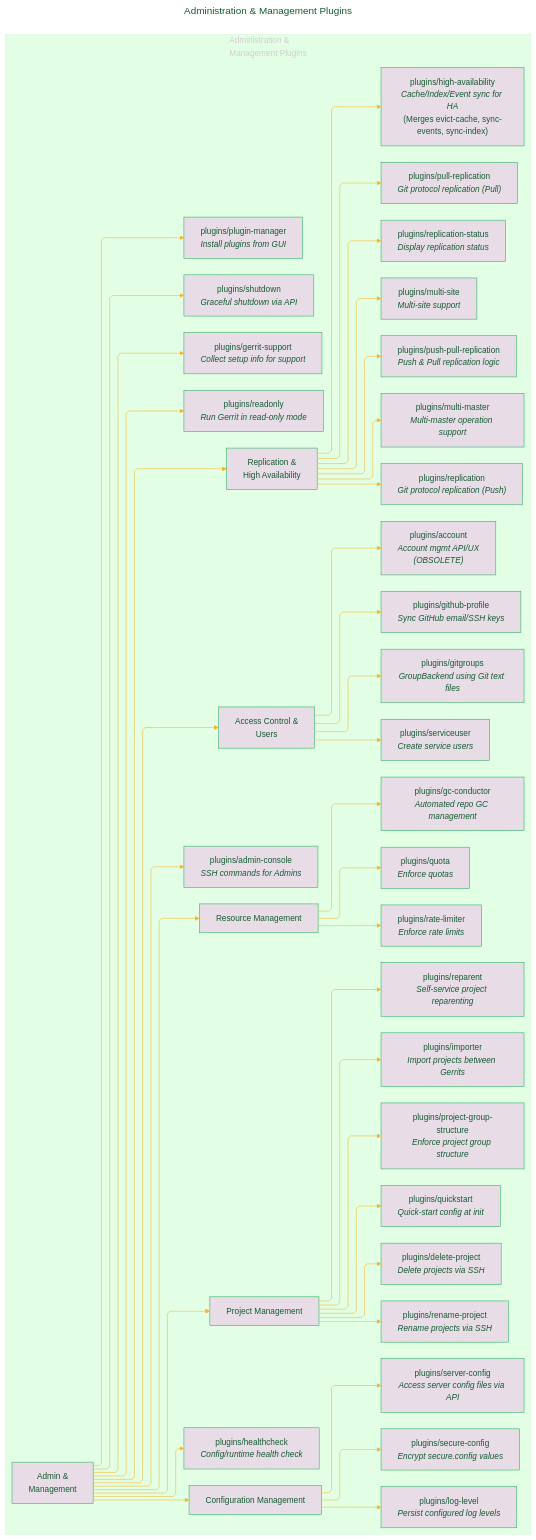
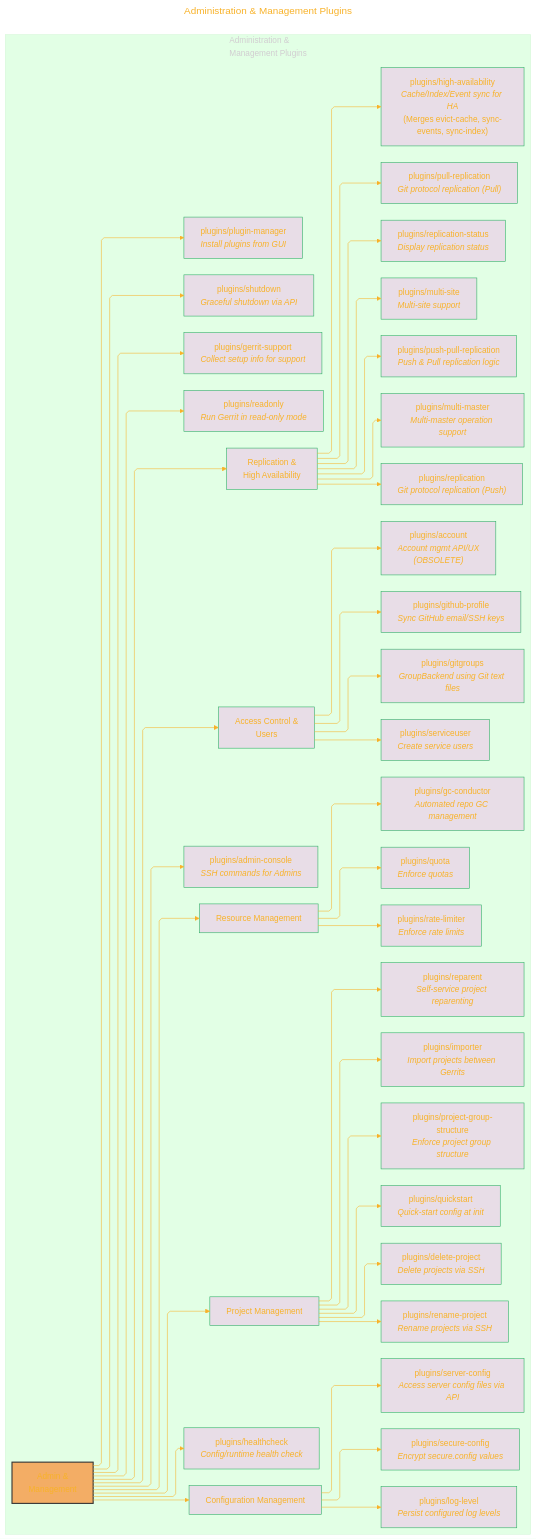
One commit to CongLeSolutionX/Chromium_Project changed the ninth of 12 diagrams in Gerrit_Ecosystem_on_gerrit_googlesource.md. Above: the diagram before and after it, drawn with Mermaid. The commit also changed other lines of this file, not shown here.

```diff
--- a/Gerrit_Ecosystem_on_gerrit_googlesource.md
+++ b/Gerrit_Ecosystem_on_gerrit_googlesource.md
@@ -658,7 +690,7 @@
     'fontFamily': 'Monaco',
     'themeVariables': {
       'primaryColor': '#F5E3',
-      'primaryTextColor': '#145A32',
+      'primaryTextColor': '#F8B229',
       'lineColor': '#F8B229',
       'primaryBorderColor': '#27AE60',
       'secondaryColor': '#EBDEF0',
@@ -672,6 +704,8 @@
     subgraph AdminPlugins["Administration &<br/> Management Plugins"]
     direction LR
         P_AdminRoot["Admin &<br/> Management"]
+        style P_AdminRoot fill:#F719,stroke:#333,stroke-width:2px
+        
 
         P_AdminRoot --> ProjectMgmt["Project Management"]
             ProjectMgmt --> P_DelProj["plugins/delete-project<br/><i>Delete projects via SSH</i>"]
```
